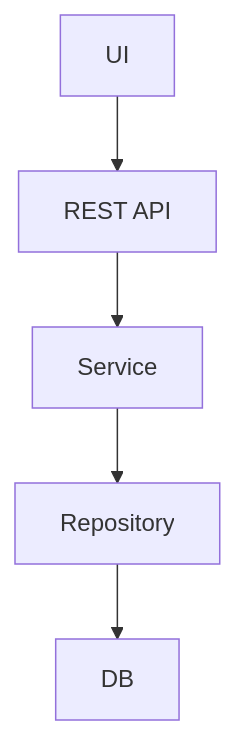
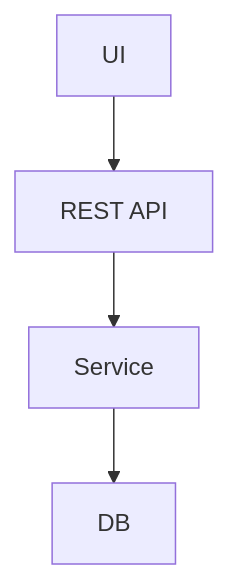
Before and after one commit to stein2nd/s2j-media-library-date-corrector: the fifth of 6 diagrams in docs/architecture.md, drawn with Mermaid. The commit also changed other lines of this file and 10 other files, not shown here.

````diff
--- a/docs/architecture.md
+++ b/docs/architecture.md
@@ -607,7 +617,6 @@
 ```mermaid
 flowchart TD
   A["UI"] --> B["REST API"]
   B --> C["Service"]
-  C --> D["Repository"]
-  D --> E["DB"]
+  C --> D["DB"]
 ```
````
